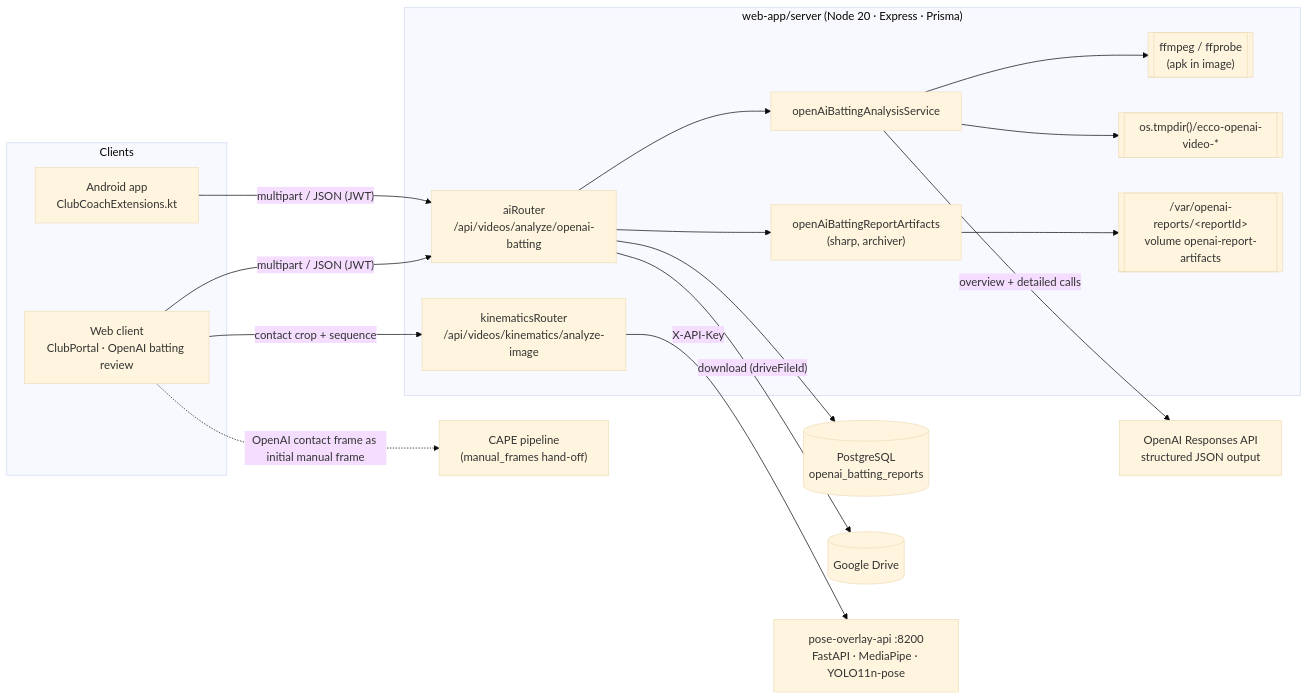
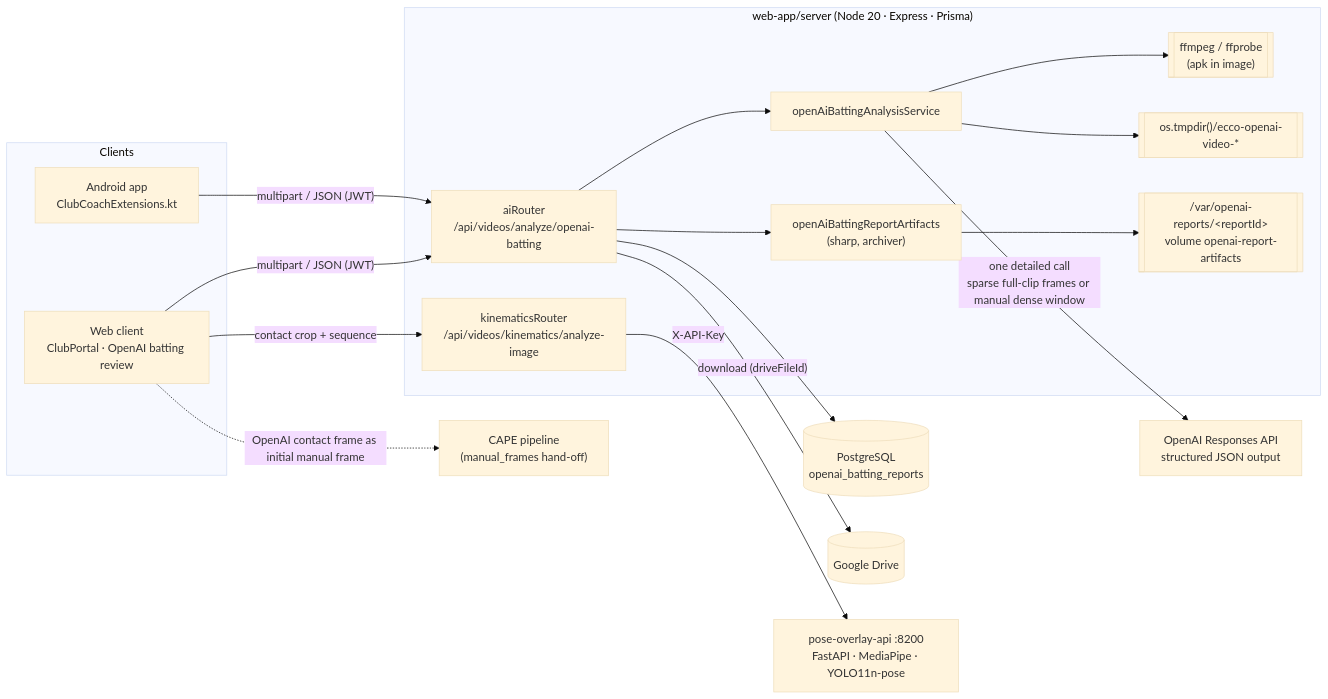
The first of 9 diagrams in docs/openai-analysis-architecture.md (shahanur/eCricketCoach), drawn with Mermaid (base theme) before and after one commit. The commit also changed other lines of this file and 8 other files, not shown here.

````diff
--- a/docs/openai-analysis-architecture.md
+++ b/docs/openai-analysis-architecture.md
@@ -34,37 +33,37 @@
 ```mermaid
 flowchart LR
     subgraph Clients
         WEB["Web client<br/>ClubPortal · OpenAI batting review"]
         MOB["Android app<br/>ClubCoachExtensions.kt"]
     end
 
     subgraph Server["web-app/server (Node 20 · Express · Prisma)"]
         R["aiRouter<br/>/api/videos/analyze/openai-batting"]
         S["openAiBattingAnalysisService"]
         A["openAiBattingReportArtifacts<br/>(sharp, archiver)"]
         K["kinematicsRouter<br/>/api/videos/kinematics/analyze-image"]
         FF[["ffmpeg / ffprobe<br/>(apk in image)"]]
         TMP[["os.tmpdir()/ecco-openai-video-*"]]
         VOL[["/var/openai-reports/&lt;reportId&gt;<br/>volume openai-report-artifacts"]]
     end
 
     PG[("PostgreSQL<br/>openai_batting_reports")]
     GD[("Google Drive")]
     OAI["OpenAI Responses API<br/>structured JSON output"]
     POSE["pose-overlay-api :8200<br/>FastAPI · MediaPipe · YOLO11n-pose"]
     CAPE["CAPE pipeline<br/>(manual_frames hand-off)"]
 
     WEB -- "multipart / JSON (JWT)" --> R
     MOB -- "multipart / JSON (JWT)" --> R
     R -- "download (driveFileId)" --> GD
     R --> S
     S --> FF
     S --> TMP
-    S -- "overview + detailed calls" --> OAI
+    S -- "one detailed call<br/>sparse full-clip frames or manual dense window" --> OAI
     R --> A
     A --> VOL
     R --> PG
     WEB -- "contact crop + sequence" --> K
     K -- "X-API-Key" --> POSE
     WEB -. "OpenAI contact frame as initial manual frame" .-> CAPE
 ```
````
